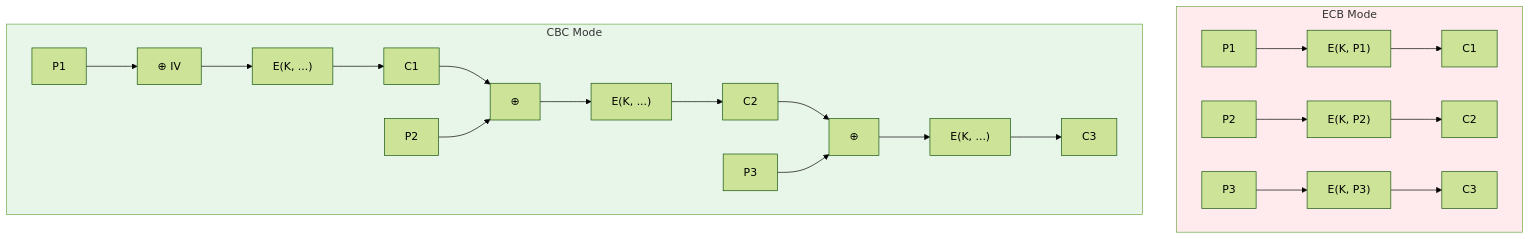
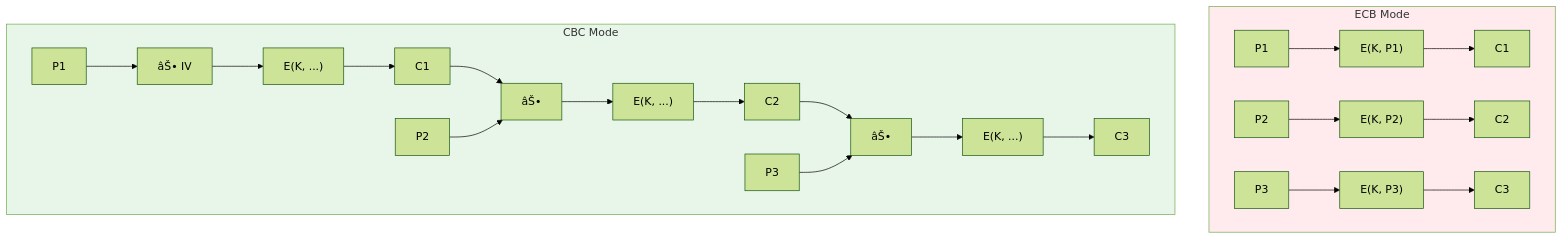
The third of 6 diagrams in docs/courses/information-security/01-cryptography-fundamentals.md (Raushan666java/ai-engineering-journey), drawn with Mermaid (forest theme) before and after one commit. The commit also changed other lines of this file and 735 other files, not shown here.

````diff
--- a/docs/courses/information-security/01-cryptography-fundamentals.md
+++ b/docs/courses/information-security/01-cryptography-fundamentals.md
@@ -278,17 +278,17 @@
 ```mermaid
 flowchart TD
     subgraph ECB_Mode[ECB Mode]
         P1["P1"] --> E1["E(K, P1)"] --> C1["C1"]
         P2["P2"] --> E2["E(K, P2)"] --> C2["C2"]
         P3["P3"] --> E3["E(K, P3)"] --> C3["C3"]
     end
     subgraph CBC_Mode[CBC Mode]
-        P1b["P1"] --> X1["⊕ IV"] --> E1b["E(K, ...)"] --> C1b["C1"]
-        C1b --> X2["⊕"] 
+        P1b["P1"] --> X1["âŠ• IV"] --> E1b["E(K, ...)"] --> C1b["C1"]
+        C1b --> X2["âŠ•"] 
         P2b["P2"] --> X2 --> E2b["E(K, ...)"] --> C2b["C2"]
-        C2b --> X3["⊕"]
+        C2b --> X3["âŠ•"]
         P3b["P3"] --> X3 --> E3b["E(K, ...)"] --> C3b["C3"]
     end
     style ECB_Mode fill:#ffebee
     style CBC_Mode fill:#e8f5e9
 ```
````
